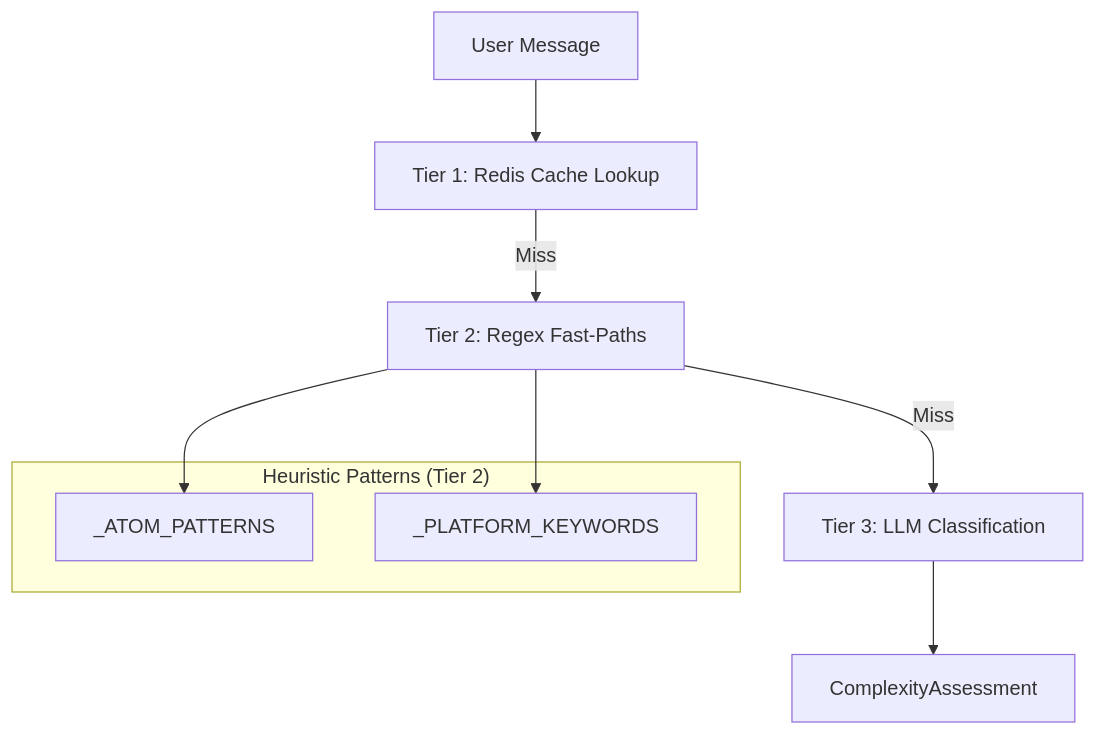
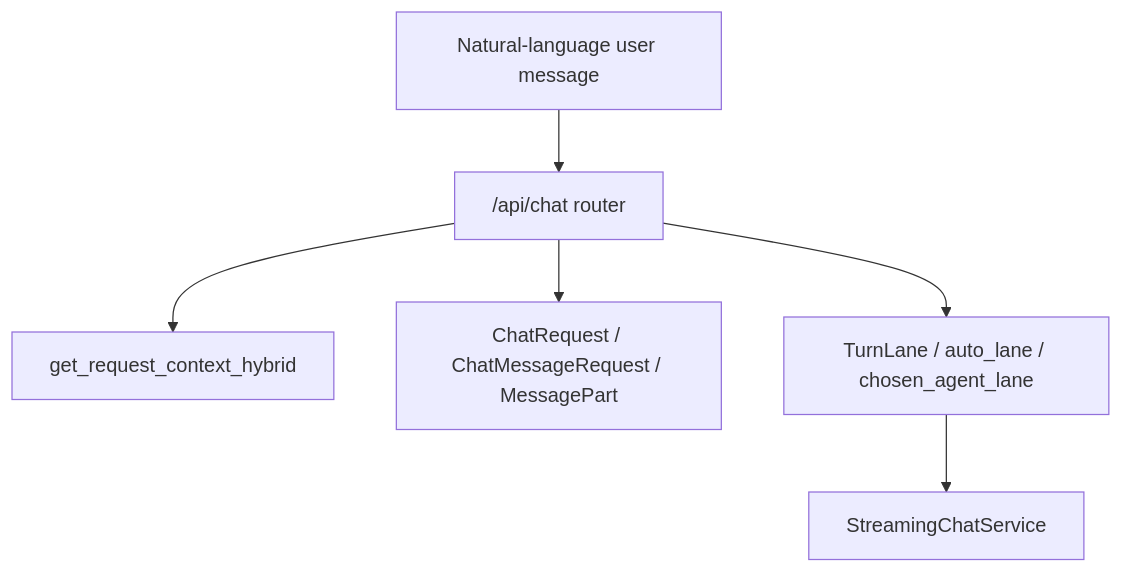
One commit to AutomatosAI/automatos-ai changed the first of 2 diagrams in docs/chat-interface/chat-api-streaming.md. Above: the diagram before and after it, drawn with Mermaid. The commit also changed other lines of this file and 188 other files, not shown here.

First line of the commit message:
docs: refresh architecture docs and add coverage for new subsystems (#1416)

````diff
--- a/docs/chat-interface/chat-api-streaming.md
+++ b/docs/chat-interface/chat-api-streaming.md
@@ -138,16 +56,8 @@
 ```mermaid
 graph TD
-    MSG["User Message"] --> T1["Tier 1: Redis Cache Lookup"]
-    T1 -- "Miss" --> T2["Tier 2: Regex Fast-Paths"]
-    T2 -- "Miss" --> T3["Tier 3: LLM Classification"]
-    
-    subgraph "Heuristic Patterns (Tier 2)"
-        P1["_ATOM_PATTERNS"]
-        P2["_PLATFORM_KEYWORDS"]
-    end
-    
-    T2 --> P1
-    T2 --> P2
-    
-    T3 --> Result["ComplexityAssessment"]
+    User["Natural-language user message"] --> Route["/api/chat router"]
+    Route --> Auth["get_request_context_hybrid"]
+    Route --> RequestTypes["ChatRequest / ChatMessageRequest / MessagePart"]
+    Route --> Dispatch["TurnLane / auto_lane / chosen_agent_lane"]
+    Dispatch --> ChatService["StreamingChatService"]
 ```
````
